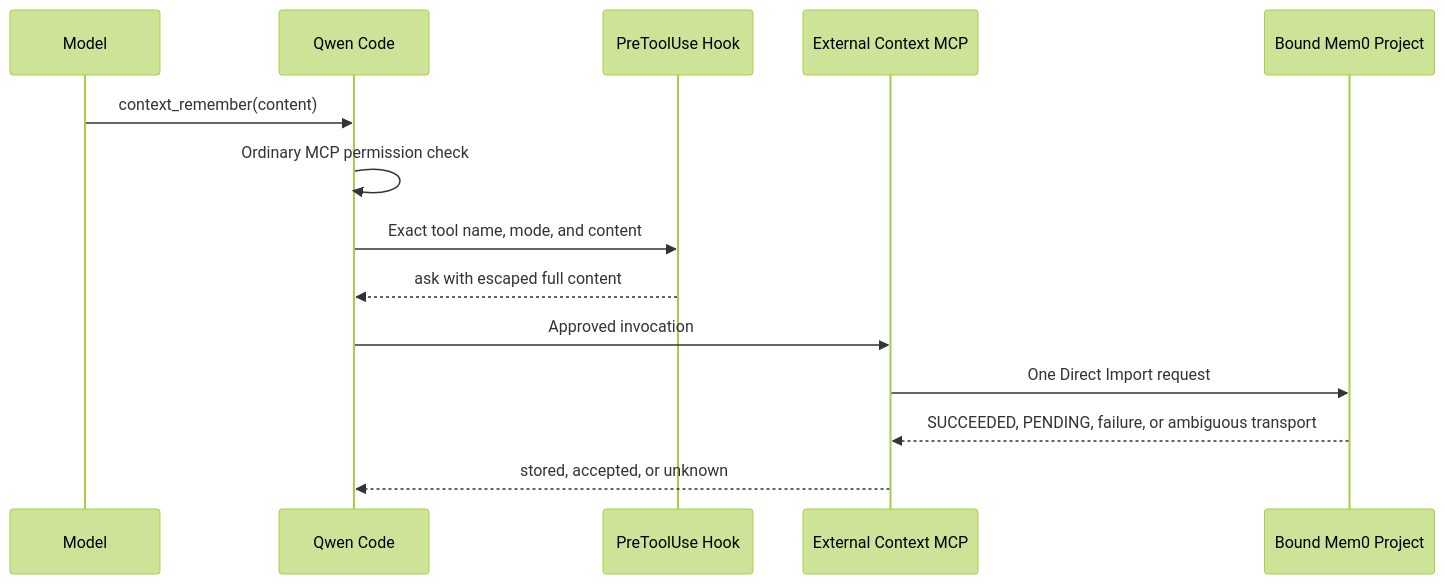
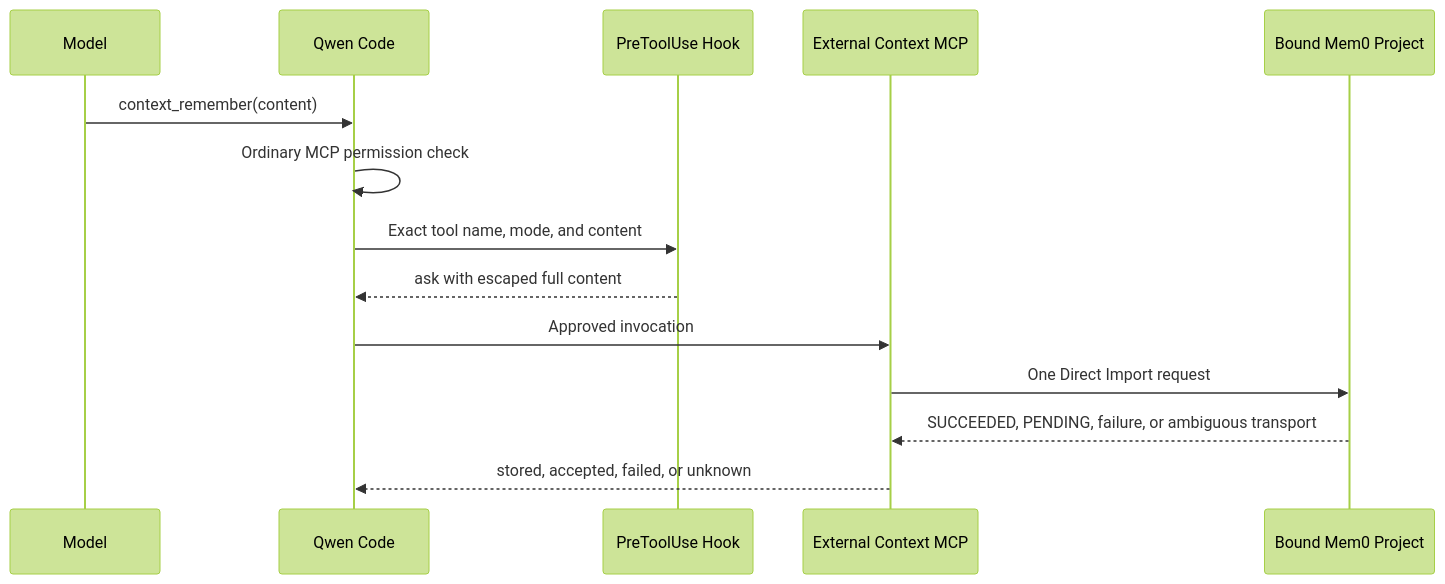
The diagram in docs/design/direct-external-context-mem0-write.md (QwenLM/qwen-code), drawn with Mermaid (forest theme) before and after one commit. The commit also changed other lines of this file and 11 other files, not shown here.

````diff
--- a/docs/design/direct-external-context-mem0-write.md
+++ b/docs/design/direct-external-context-mem0-write.md
@@ -53,16 +53,16 @@
 ```mermaid
 sequenceDiagram
     participant M as Model
     participant Q as Qwen Code
     participant H as PreToolUse Hook
     participant E as External Context MCP
     participant P as Bound Mem0 Project
     M->>Q: context_remember(content)
     Q->>Q: Ordinary MCP permission check
     Q->>H: Exact tool name, mode, and content
     H-->>Q: ask with escaped full content
     Q->>E: Approved invocation
     E->>P: One Direct Import request
     P-->>E: SUCCEEDED, PENDING, failure, or ambiguous transport
-    E-->>Q: stored, accepted, or unknown
+    E-->>Q: stored, accepted, failed, or unknown
 ```
````
